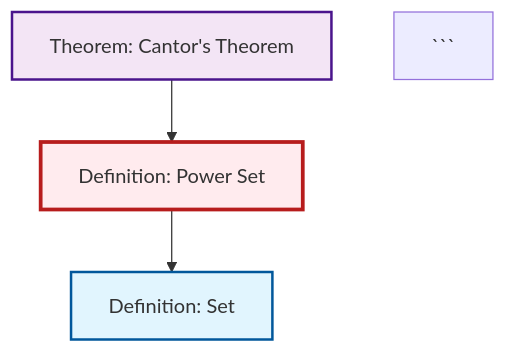
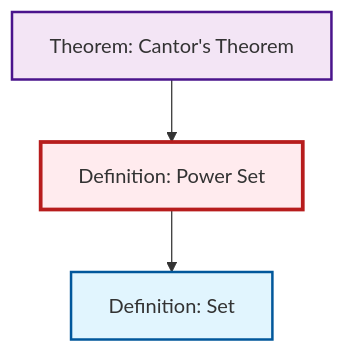
Before and after one commit to RK0429/ModernMath: the diagram in output/mermaid/def-power-set.mermaid, drawn with Mermaid. The commit also changed 1197 other files, not shown here.

````diff
--- a/output/mermaid/def-power-set.mermaid
+++ b/output/mermaid/def-power-set.mermaid
@@ -1,14 +1,13 @@
 %%| fig-cap: "Local dependency graph"
 graph TD
     classDef definition fill:#e1f5fe,stroke:#01579b,stroke-width:2px
     classDef theorem fill:#f3e5f5,stroke:#4a148c,stroke-width:2px
     classDef axiom fill:#fff3e0,stroke:#e65100,stroke-width:2px
     classDef example fill:#e8f5e9,stroke:#1b5e20,stroke-width:2px
     classDef current fill:#ffebee,stroke:#b71c1c,stroke-width:3px
     def-power-set["Definition: Power Set"]:::definition
     thm-cantor["Theorem: Cantor's Theorem"]:::theorem
     def-set["Definition: Set"]:::definition
+    def-power-set --> def-set
     thm-cantor --> def-power-set
-    def-power-set --> def-set
     class def-power-set current
-```
````
